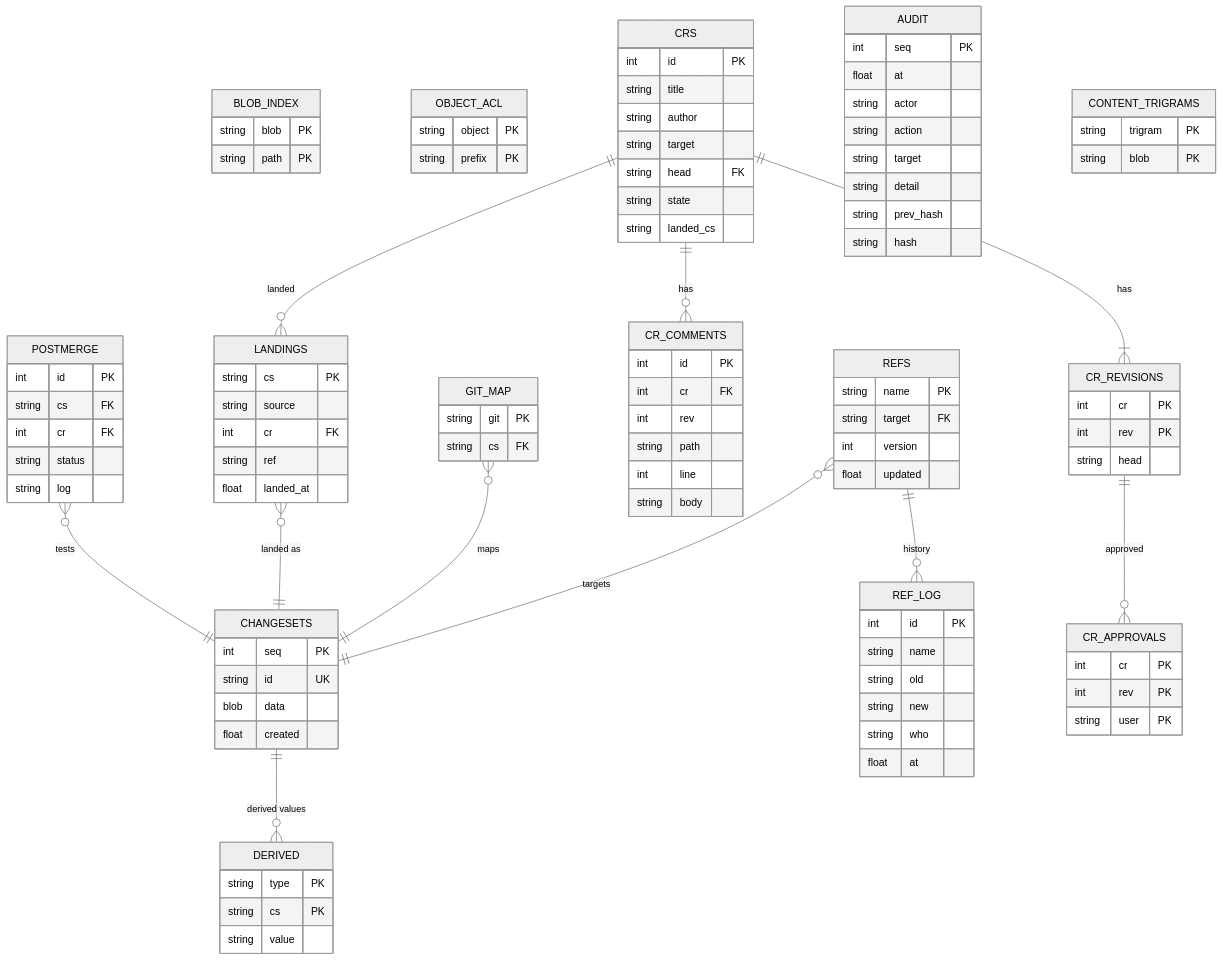
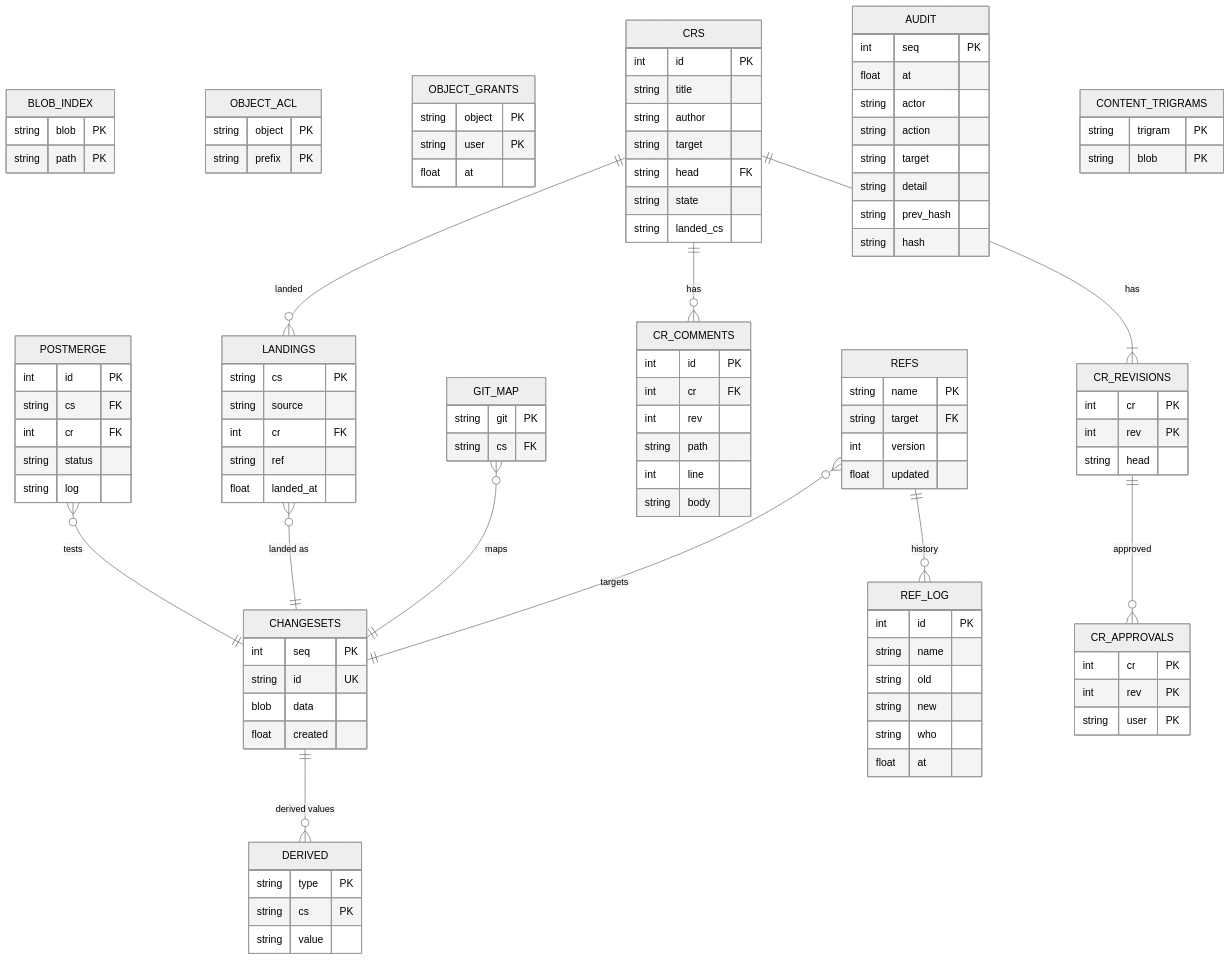
Diagram 25 of 25 in scion/docs/design/06-uml.md (Space-Trucker/AIresume), drawn with Mermaid (neutral theme) before and after one commit. The commit also changed 25 other files, not shown here.

```diff
--- a/scion/docs/design/06-uml.md
+++ b/scion/docs/design/06-uml.md
@@ -985,6 +985,11 @@
   OBJECT_ACL {
     string object PK
     string prefix PK
+  }
+  OBJECT_GRANTS {
+    string object PK
+    string user PK
+    float at
   }
   GIT_MAP {
     string git PK
```
